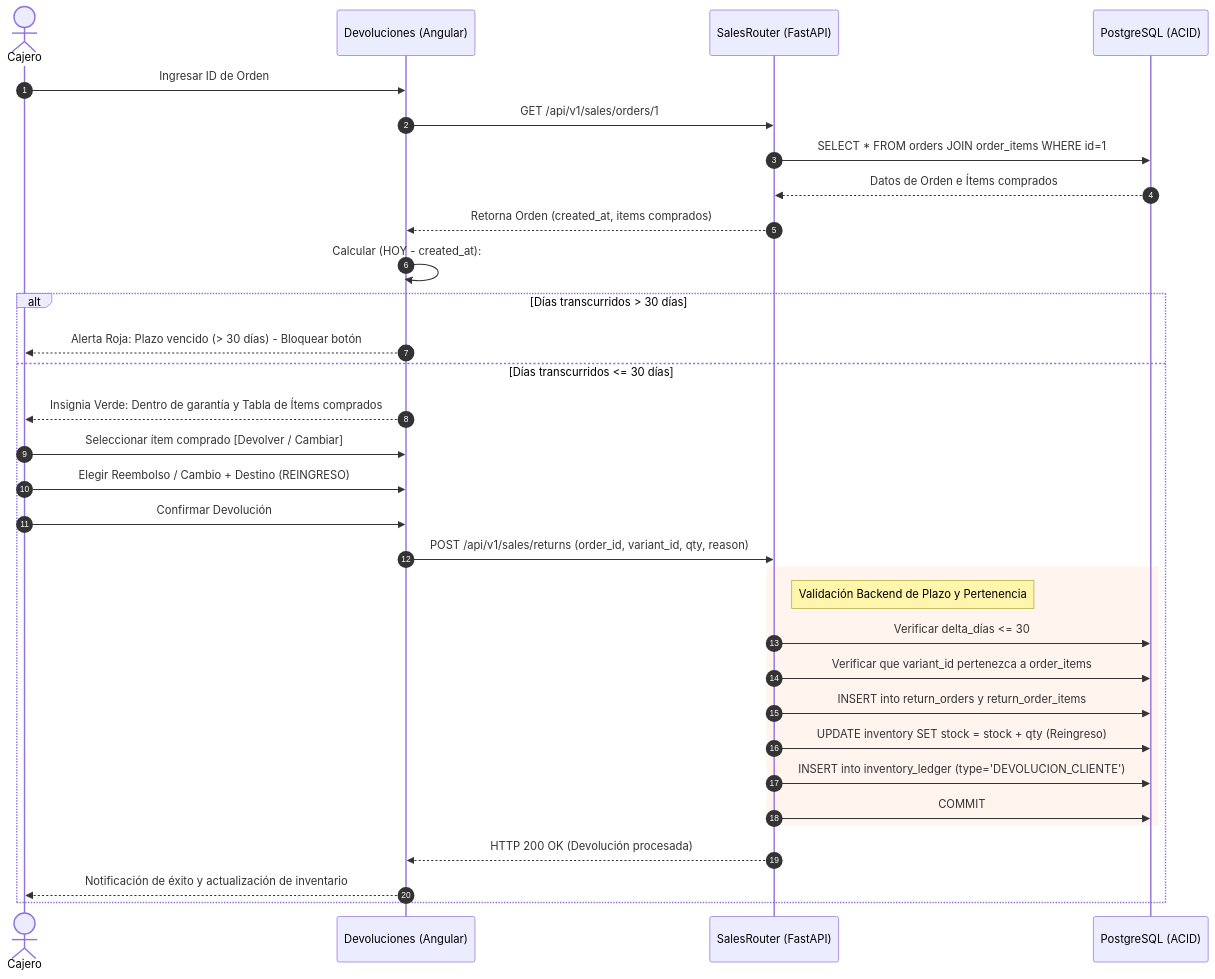
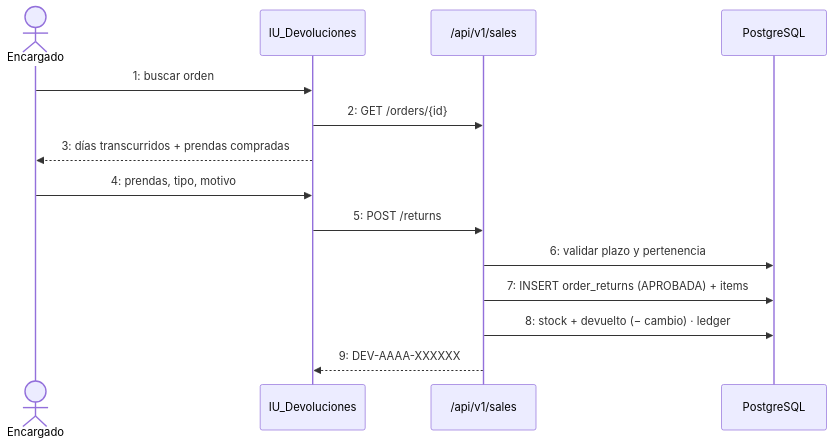
One commit to jc-larry/ecommerce-fashionstore changed diagram 12 of 14 in Ciclo2.md. Above: the diagram before and after it, drawn with Mermaid. The commit also changed other lines of this file and 267 other files, not shown here.

````diff
--- a/Ciclo2.md
+++ b/Ciclo2.md
@@ -806,37 +580,17 @@
 ```mermaid
 sequenceDiagram
-    autonumber
-    actor Cajero
-    participant Web as Devoluciones (Angular)
-    participant API as SalesRouter (FastAPI)
-    participant DB as PostgreSQL (ACID)
+    actor E as Encargado
+    participant UI as IU_Devoluciones
+    participant API as /api/v1/sales
+    participant DB as PostgreSQL
 
-    Cajero->>Web: Ingresar ID de Orden #1 y pulsar [Buscar Orden]
-    Web->>API: GET /api/v1/sales/orders/1
-    API->>DB: SELECT * FROM orders JOIN order_items WHERE id=1
-    DB-->>API: Datos de Orden e Ítems comprados
-    API-->>Web: Retorna Orden (created_at, items comprados)
-    
-    Web->>Web: Calcular (HOY - created_at):
-    alt Días transcurridos > 30 días
-        Web-->>Cajero: Alerta Roja: Plazo vencido (> 30 días) - Bloquear botón
-    else Días transcurridos <= 30 días
-        Web-->>Cajero: Insignia Verde: Dentro de garantía y Tabla de Ítems comprados
-        Cajero->>Web: Seleccionar ítem comprado [Devolver / Cambiar]
-        Cajero->>Web: Elegir Reembolso / Cambio + Destino (REINGRESO)
-        Cajero->>Web: Confirmar Devolución
-        Web->>API: POST /api/v1/sales/returns (order_id, variant_id, qty, reason)
-        
-        rect rgb(255, 245, 238)
-            note right of API: Validación Backend de Plazo y Pertenencia
-            API->>DB: Verificar delta_días <= 30
-            API->>DB: Verificar que variant_id pertenezca a order_items
-            API->>DB: INSERT into return_orders y return_order_items
-            API->>DB: UPDATE inventory SET stock = stock + qty (Reingreso)
-            API->>DB: INSERT into inventory_ledger (type='DEVOLUCION_CLIENTE')
-            API->>DB: COMMIT
-        end
-        API-->>Web: HTTP 200 OK (Devolución procesada)
-        Web-->>Cajero: Notificación de éxito y actualización de inventario
-    end
+    E->>UI: 1: buscar orden
+    UI->>API: 2: GET /orders/{id}
+    UI-->>E: 3: días transcurridos + prendas compradas
+    E->>UI: 4: prendas, tipo, motivo
+    UI->>API: 5: POST /returns
+    API->>DB: 6: validar plazo y pertenencia
+    API->>DB: 7: INSERT order_returns (APROBADA) + items
+    API->>DB: 8: stock + devuelto (− cambio) · ledger
+    API-->>UI: 9: DEV-AAAA-XXXXXX
 ```
````
